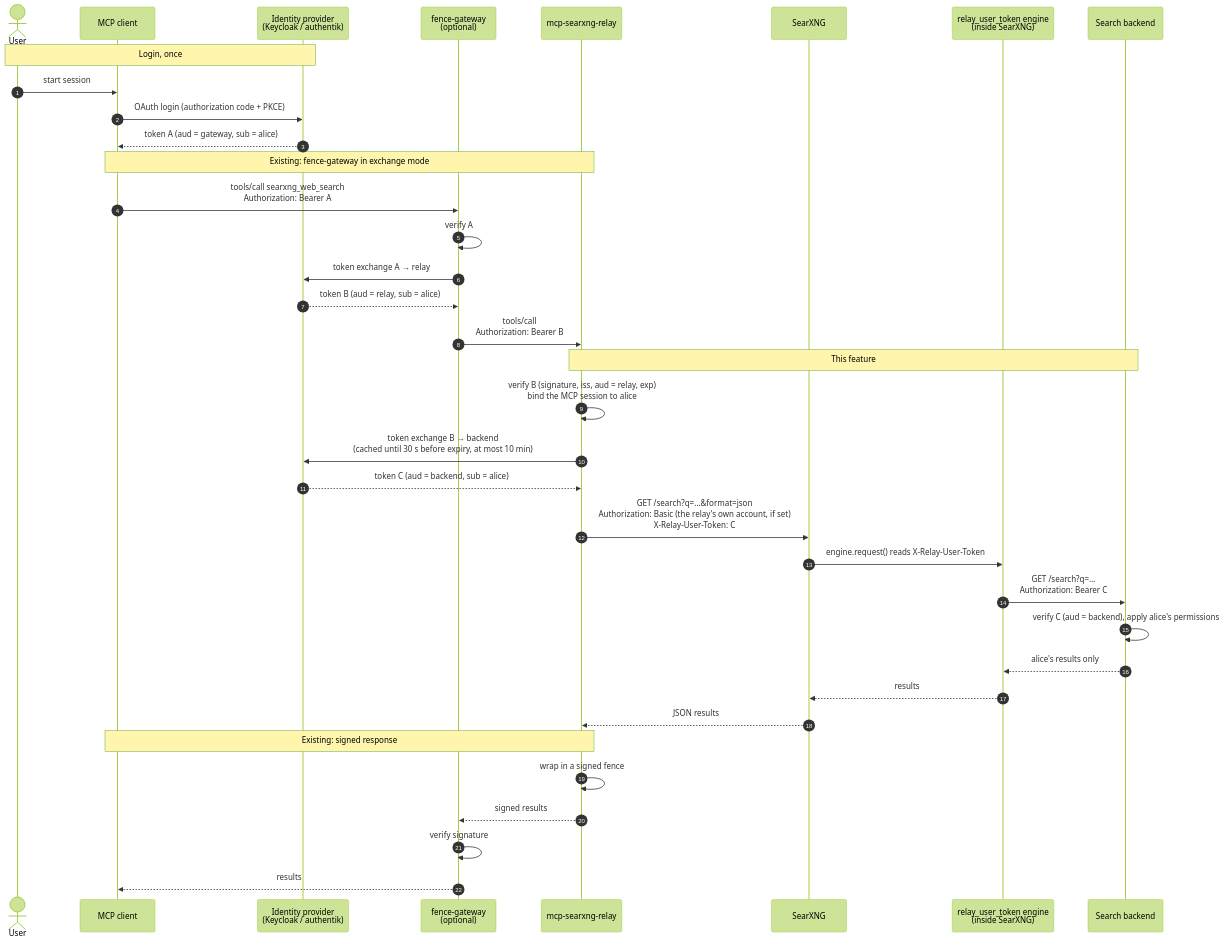
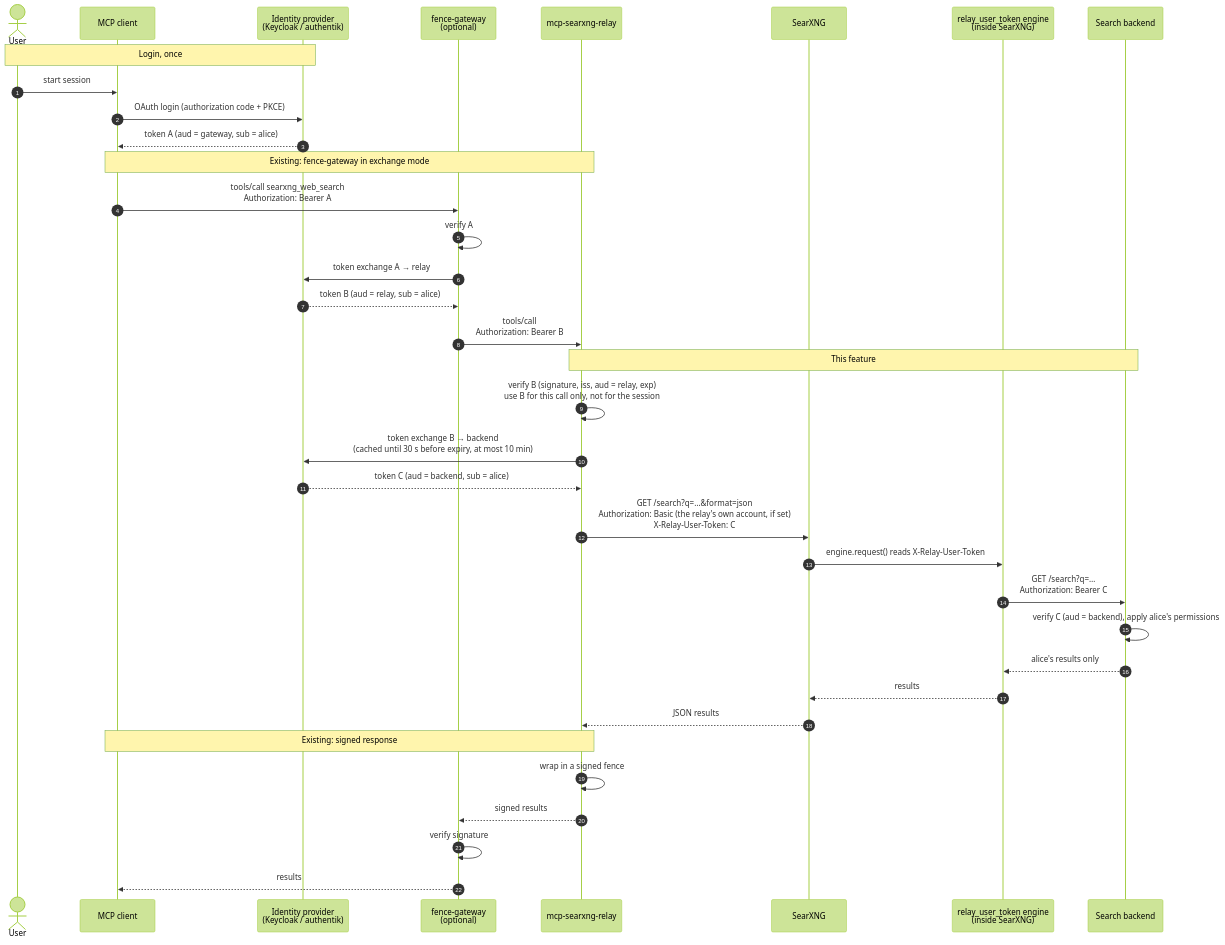
The diagram in docs/user-tokens.md (littleoffice/mcp-searxng-relay), drawn with Mermaid (forest theme) before and after one commit. The commit also changed other lines of this file and 4 other files, not shown here.

First line of the commit message:
fix(search): do not bind MCP sessions to the user-token caller

````diff
--- a/docs/user-tokens.md
+++ b/docs/user-tokens.md
@@ -31,42 +31,42 @@
 ```mermaid
 sequenceDiagram
     autonumber
     actor U as User
     participant C as MCP client
     participant IdP as Identity provider<br/>(Keycloak / authentik)
     participant G as fence-gateway<br/>(optional)
     participant R as mcp-searxng-relay
     participant S as SearXNG
     participant E as relay_user_token engine<br/>(inside SearXNG)
     participant B as Search backend
 
     Note over U,IdP: Login, once
     U->>C: start session
     C->>IdP: OAuth login (authorization code + PKCE)
     IdP-->>C: token A (aud = gateway, sub = alice)
 
     Note over C,R: Existing: fence-gateway in exchange mode
     C->>G: tools/call searxng_web_search<br/>Authorization: Bearer A
     G->>G: verify A
     G->>IdP: token exchange A → relay
     IdP-->>G: token B (aud = relay, sub = alice)
     G->>R: tools/call<br/>Authorization: Bearer B
 
     Note over R,B: This feature
-    R->>R: verify B (signature, iss, aud = relay, exp)<br/>bind the MCP session to alice
+    R->>R: verify B (signature, iss, aud = relay, exp)<br/>use B for this call only, not for the session
     R->>IdP: token exchange B → backend<br/>(cached until 30 s before expiry, at most 10 min)
     IdP-->>R: token C (aud = backend, sub = alice)
     R->>S: GET /search?q=…&format=json<br/>Authorization: Basic (the relay's own account, if set)<br/>X-Relay-User-Token: C
     S->>E: engine.request() reads X-Relay-User-Token
     E->>B: GET /search?q=…<br/>Authorization: Bearer C
     B->>B: verify C (aud = backend), apply alice's permissions
     B-->>E: alice's results only
     E-->>S: results
     S-->>R: JSON results
 
     Note over R,C: Existing: signed response
     R->>R: wrap in a signed fence
     R-->>G: signed results
     G->>G: verify signature
     G-->>C: results
 ```
````
